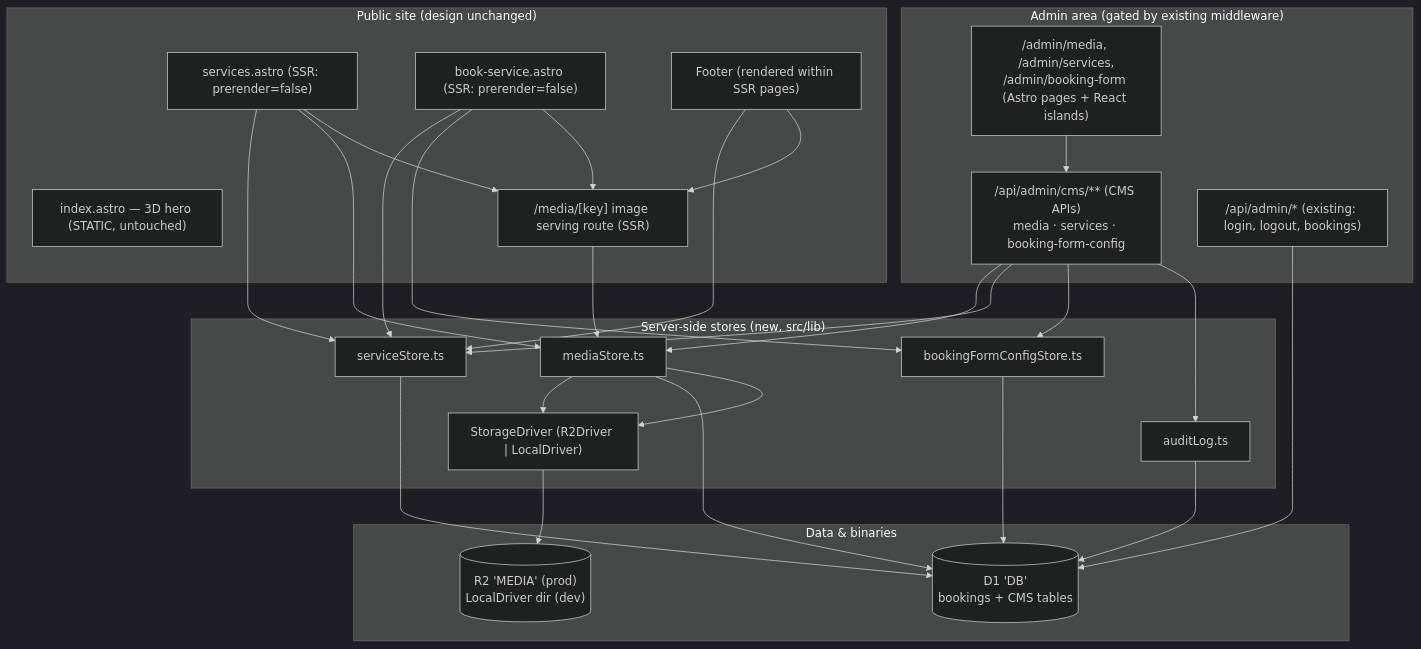
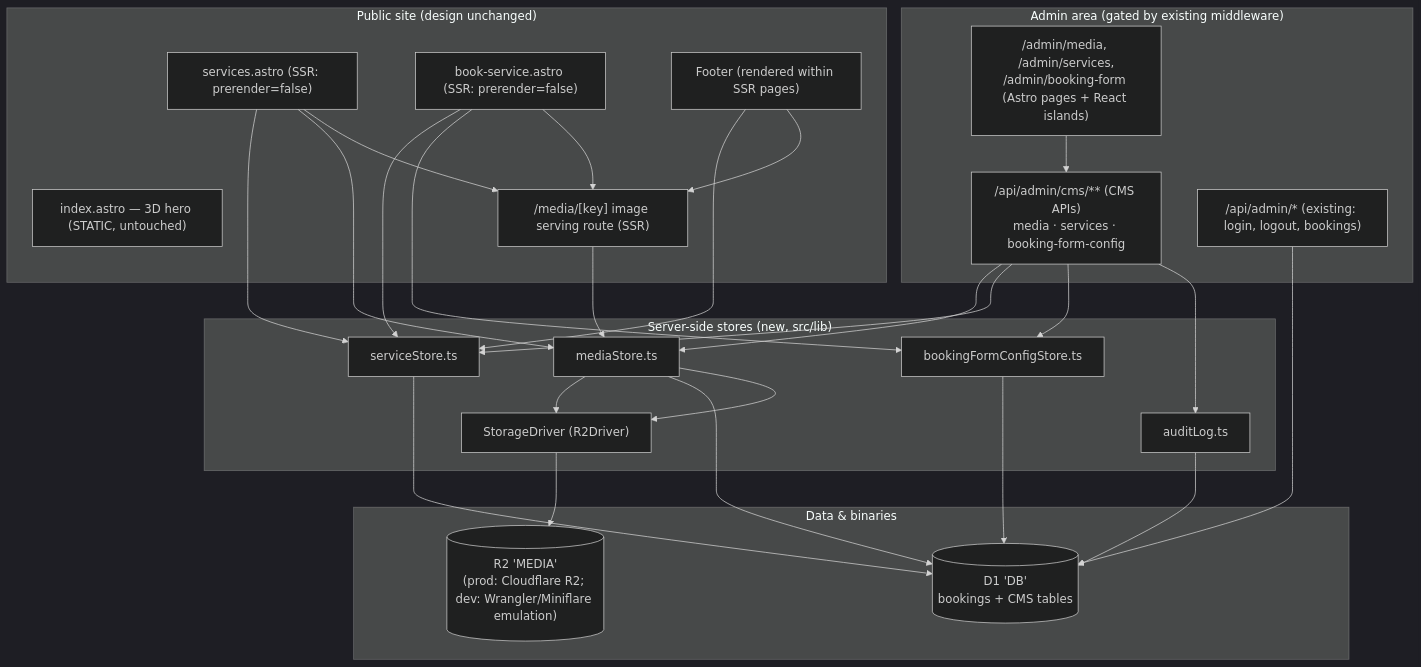
One commit to Iam-KaifSyed/Grandmotors changed the first of 4 diagrams in .kiro/specs/admin-cms/design.md. Above: the diagram before and after it, drawn with Mermaid (dark theme). The commit also changed other lines of this file and 51 other files, not shown here.

````diff
--- a/.kiro/specs/admin-cms/design.md
+++ b/.kiro/specs/admin-cms/design.md
@@ -59,41 +60,41 @@
 ```mermaid
 flowchart TB
   subgraph Admin["Admin area (gated by existing middleware)"]
     AP["/admin/media, /admin/services,\n/admin/booking-form (Astro pages + React islands)"]
     CAPI["/api/admin/cms/** (CMS APIs)\nmedia · services · booking-form-config"]
     EXAPI["/api/admin/* (existing: login, logout, bookings)"]
   end
 
   subgraph Public["Public site (design unchanged)"]
     HOME["index.astro — 3D hero (STATIC, untouched)"]
     SVC["services.astro (SSR: prerender=false)"]
     BOOK["book-service.astro (SSR: prerender=false)"]
     FOOT["Footer (rendered within SSR pages)"]
     MEDIA_RT["/media/[key] image serving route (SSR)"]
   end
 
   subgraph Stores["Server-side stores (new, src/lib)"]
     MS["mediaStore.ts"]
     SS["serviceStore.ts"]
     BS["bookingFormConfigStore.ts"]
-    SD["StorageDriver (R2Driver | LocalDriver)"]
+    SD["StorageDriver (R2Driver)"]
     AUD["auditLog.ts"]
   end
 
   subgraph Data["Data & binaries"]
     D1[("D1 'DB'\nbookings + CMS tables")]
-    R2[("R2 'MEDIA' (prod)\nLocalDriver dir (dev)")]
+    R2[("R2 'MEDIA'\n(prod: Cloudflare R2; dev: Wrangler/Miniflare emulation)")]
   end
 
   AP --> CAPI
   CAPI --> MS & SS & BS & AUD
   MS --> SD
   MS & SS & BS & AUD --> D1
   SD --> R2
   SVC --> SS & MS
   BOOK --> SS & BS
   FOOT --> SS
   SVC & BOOK & FOOT --> MEDIA_RT
   MEDIA_RT --> MS --> SD
   EXAPI --> D1
 ```
````
